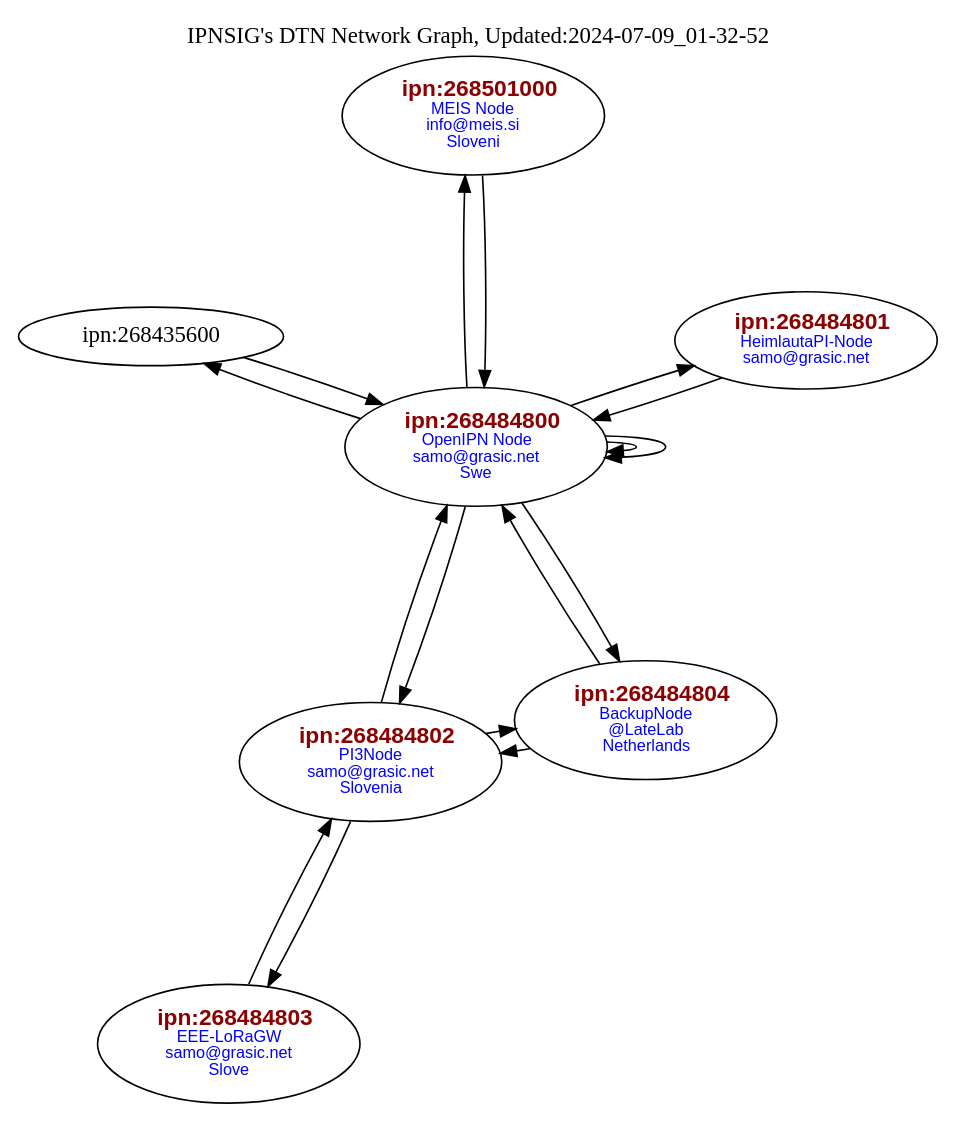
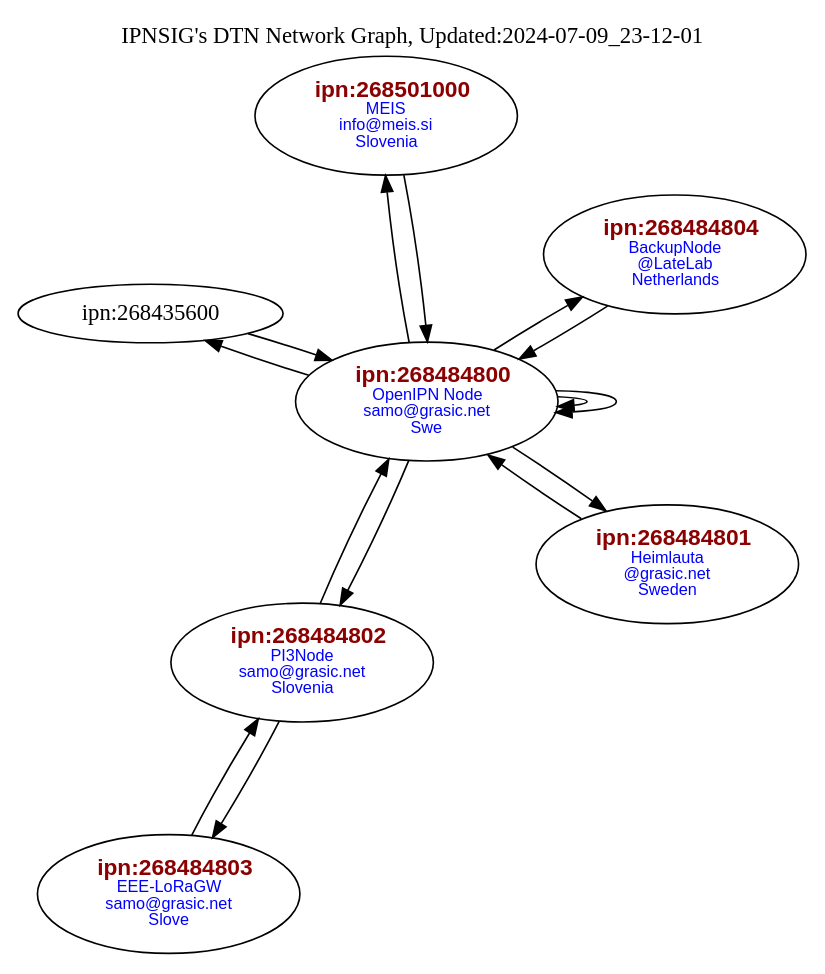
The diagram in contactGraph.gv (samograsic/ion-dtn-dtnex), drawn with Graphviz before and after one commit. The commit also changed 7 other files, not shown here.

```diff
--- a/contactGraph.gv
+++ b/contactGraph.gv
@@ -1,24 +1,22 @@
 digraph G { layout=neato; overlap=false;
 "ipn:268484803" [label=< <FONT POINT-SIZE="14" FACE="Arial" COLOR="darkred"><B>ipn:268484803</B></FONT><BR/><FONT POINT-SIZE="10" FACE="Arial" COLOR="blue">EEE-LoRaGW<br/>samo&#64;grasic&#46;net<br/>Slove</FONT>>];
-"ipn:268484801" [label=< <FONT POINT-SIZE="14" FACE="Arial" COLOR="darkred"><B>ipn:268484801</B></FONT><BR/><FONT POINT-SIZE="10" FACE="Arial" COLOR="blue">HeimlautaPI-Node<br/>samo&#64;grasic&#46;net</FONT>>];
+"ipn:268484801" [label=< <FONT POINT-SIZE="14" FACE="Arial" COLOR="darkred"><B>ipn:268484801</B></FONT><BR/><FONT POINT-SIZE="10" FACE="Arial" COLOR="blue">Heimlauta<br/>&#64;grasic&#46;net<br/>Sweden</FONT>>];
 "ipn:268484802" [label=< <FONT POINT-SIZE="14" FACE="Arial" COLOR="darkred"><B>ipn:268484802</B></FONT><BR/><FONT POINT-SIZE="10" FACE="Arial" COLOR="blue">PI3Node<br/>samo&#64;grasic&#46;net<br/>Slovenia</FONT>>];
-"ipn:268501000" [label=< <FONT POINT-SIZE="14" FACE="Arial" COLOR="darkred"><B>ipn:268501000</B></FONT><BR/><FONT POINT-SIZE="10" FACE="Arial" COLOR="blue">MEIS Node<br/>info&#64;meis&#46;si<br/>Sloveni</FONT>>];
+"ipn:268501000" [label=< <FONT POINT-SIZE="14" FACE="Arial" COLOR="darkred"><B>ipn:268501000</B></FONT><BR/><FONT POINT-SIZE="10" FACE="Arial" COLOR="blue">MEIS<br/>info&#64;meis&#46;si<br/>Slovenia</FONT>>];
 "ipn:268484804" [label=< <FONT POINT-SIZE="14" FACE="Arial" COLOR="darkred"><B>ipn:268484804</B></FONT><BR/><FONT POINT-SIZE="10" FACE="Arial" COLOR="blue">BackupNode<br/>&#64;LateLab<br/>Netherlands</FONT>>];
 "ipn:268484800" [label=< <FONT POINT-SIZE="14" FACE="Arial" COLOR="darkred"><B>ipn:268484800</B></FONT><BR/><FONT POINT-SIZE="10" FACE="Arial" COLOR="blue">OpenIPN Node<br/>samo&#64;grasic&#46;net<br/>Swe</FONT>>];
 "ipn:268435600" -> "ipn:268484800"
 "ipn:268484800" -> "ipn:268435600"
 "ipn:268484800" -> "ipn:268484800"
 "ipn:268484800" -> "ipn:268484800"
 "ipn:268484800" -> "ipn:268484801"
 "ipn:268484800" -> "ipn:268484802"
 "ipn:268484800" -> "ipn:268484804"
 "ipn:268484800" -> "ipn:268501000"
 "ipn:268484801" -> "ipn:268484800"
 "ipn:268484802" -> "ipn:268484800"
 "ipn:268484802" -> "ipn:268484803"
-"ipn:268484802" -> "ipn:268484804"
 "ipn:268484803" -> "ipn:268484802"
 "ipn:268484804" -> "ipn:268484800"
-"ipn:268484804" -> "ipn:268484802"
 "ipn:268501000" -> "ipn:268484800"
-labelloc="t"; label="IPNSIG's DTN Network Graph, Updated:2024-07-09_01-32-52"}
+labelloc="t"; label="IPNSIG's DTN Network Graph, Updated:2024-07-09_23-12-01"}
```
